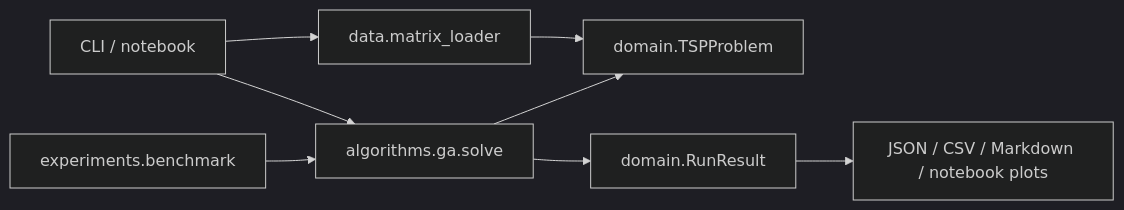
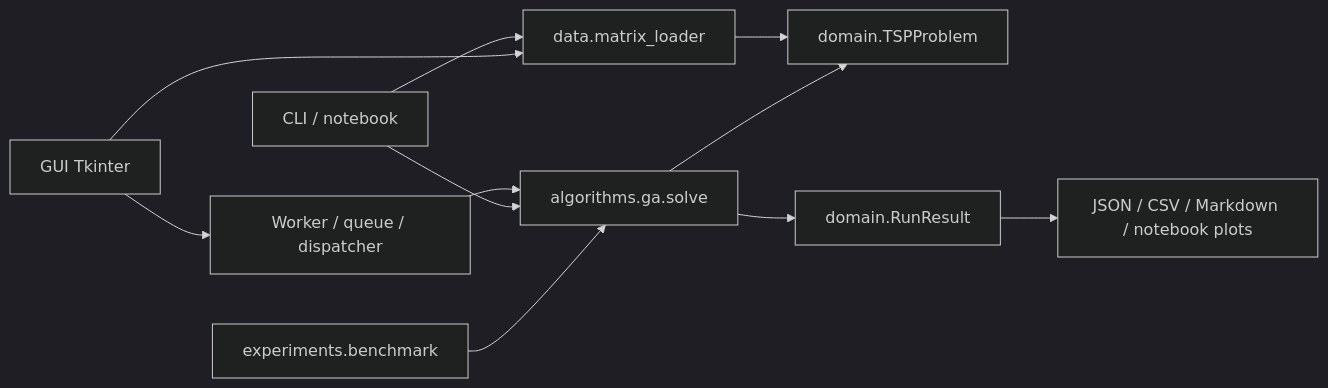
One commit to datweb07/ga-eho-tsp changed the diagram in docs/architecture.md. Above: the diagram before and after it, drawn with Mermaid (dark theme). The commit also changed other lines of this file and 17 other files, not shown here.

Commit message:
feat(gui): implement Tkinter GUI with Matplotlib visualization, worker threads, and EHO handoff docs

````diff
--- a/docs/architecture.md
+++ b/docs/architecture.md
@@ -7,10 +7,13 @@
 ```mermaid
 flowchart LR
     CLI[CLI / notebook] --> Loader[data.matrix_loader]
+    GUI[GUI Tkinter] --> Controller[Worker / queue / dispatcher]
+    GUI --> Loader
+    Controller --> Solver
     Loader --> Problem[domain.TSPProblem]
     CLI --> Solver[algorithms.ga.solve]
     Solver --> Problem
     Solver --> Result[domain.RunResult]
     Bench[experiments.benchmark] --> Solver
     Result --> Export[JSON / CSV / Markdown / notebook plots]
 ```
````
